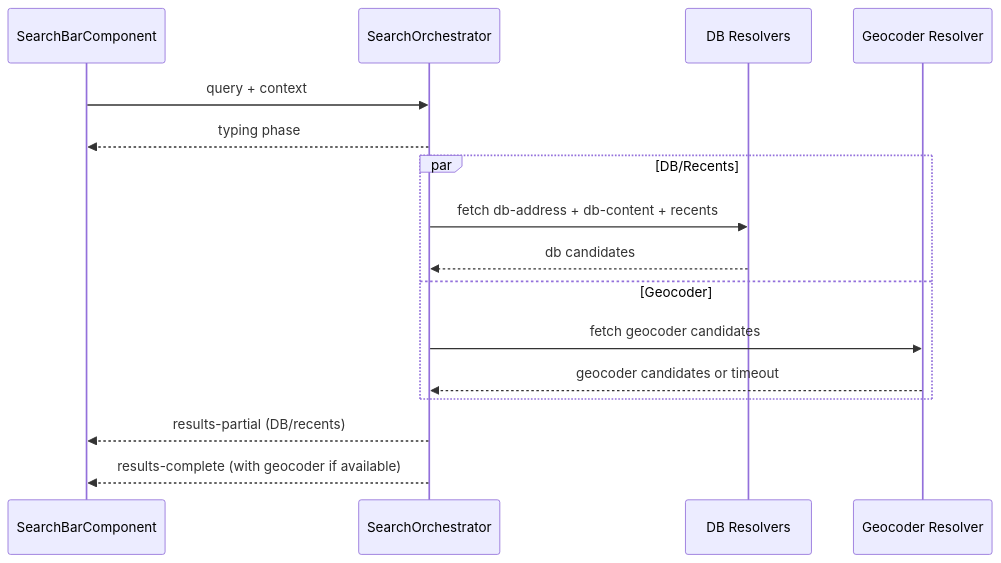
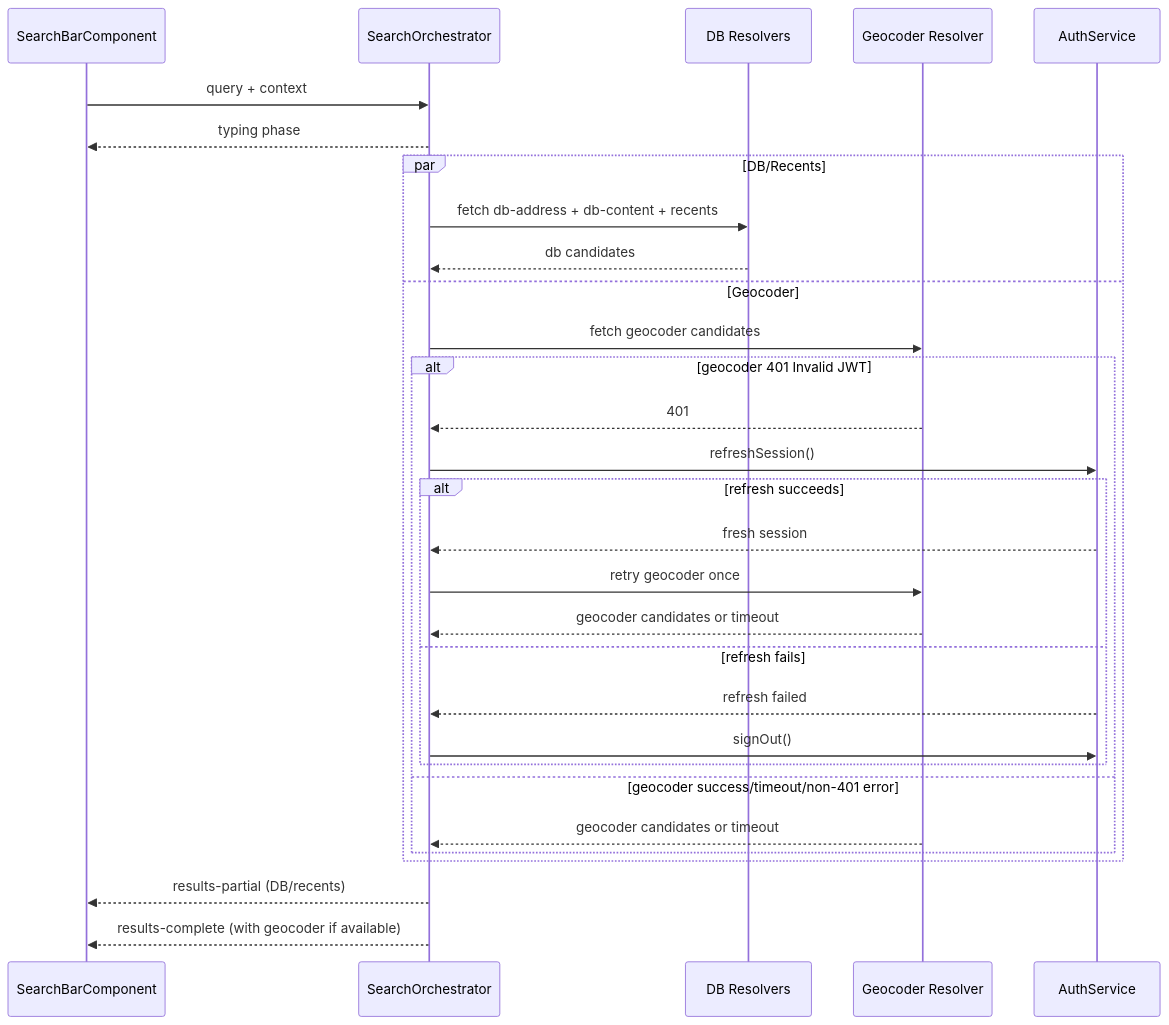
Before and after one commit to matkleve/feldpost: the second of 8 diagrams in docs/element-specs/search-bar-data-and-service.md, drawn with Mermaid. The commit also changed other lines of this file and 2 other files, not shown here.

````diff
--- a/docs/element-specs/search-bar-data-and-service.md
+++ b/docs/element-specs/search-bar-data-and-service.md
@@ -50,19 +52,33 @@
 ```mermaid
 sequenceDiagram
     participant UI as SearchBarComponent
     participant ORCH as SearchOrchestrator
     participant DB as DB Resolvers
     participant GEO as Geocoder Resolver
+    participant AUTH as AuthService
 
     UI->>ORCH: query + context
     ORCH-->>UI: typing phase
     par DB/Recents
         ORCH->>DB: fetch db-address + db-content + recents
         DB-->>ORCH: db candidates
     and Geocoder
         ORCH->>GEO: fetch geocoder candidates
-        GEO-->>ORCH: geocoder candidates or timeout
+        alt geocoder 401 Invalid JWT
+            GEO-->>ORCH: 401
+            ORCH->>AUTH: refreshSession()
+            alt refresh succeeds
+                AUTH-->>ORCH: fresh session
+                ORCH->>GEO: retry geocoder once
+                GEO-->>ORCH: geocoder candidates or timeout
+            else refresh fails
+                AUTH-->>ORCH: refresh failed
+                ORCH->>AUTH: signOut()
+            end
+        else geocoder success/timeout/non-401 error
+            GEO-->>ORCH: geocoder candidates or timeout
+        end
     end
     ORCH-->>UI: results-partial (DB/recents)
     ORCH-->>UI: results-complete (with geocoder if available)
 ```
````
